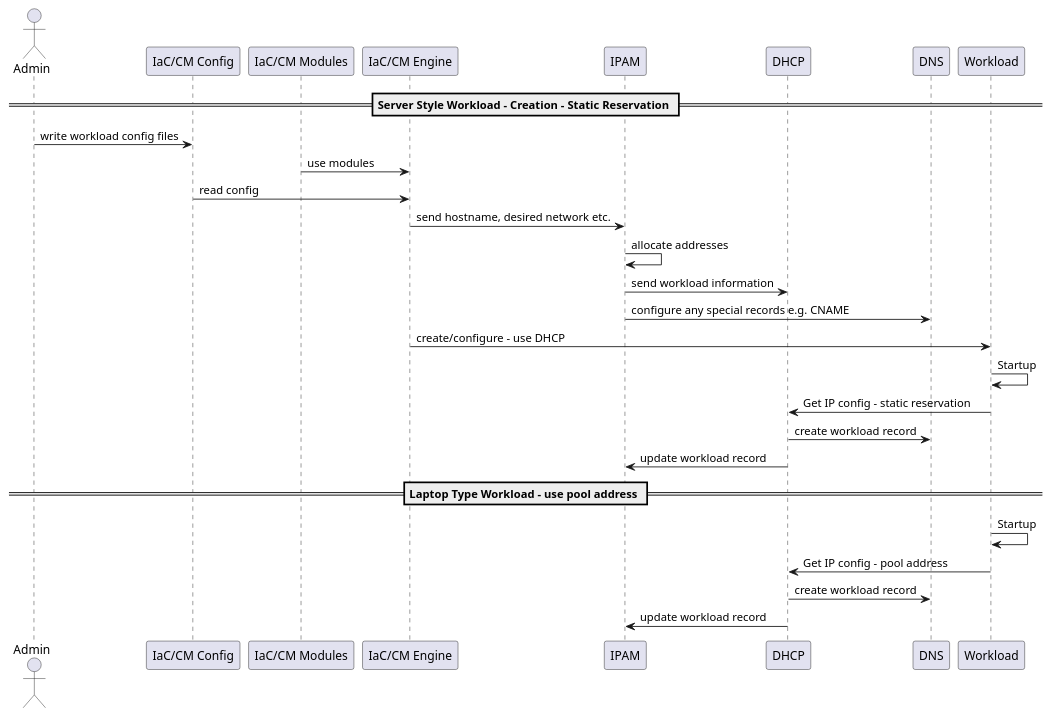
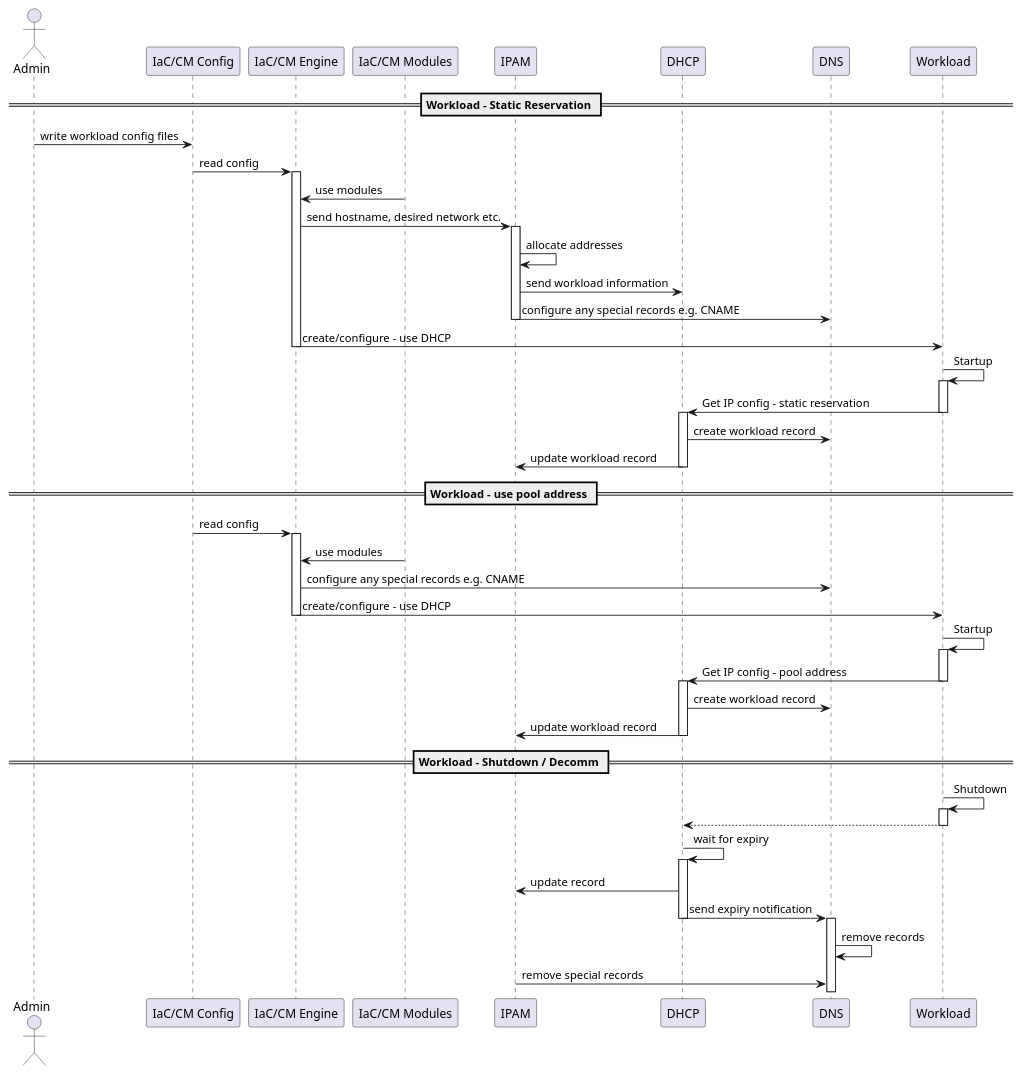
The diagram in Network/IPAM-Target-State-Flows.puml (wshedd01-kiwibank/Architecture), drawn with PlantUML before and after one commit.

```diff
--- a/Network/IPAM-Target-State-Flows.puml
+++ b/Network/IPAM-Target-State-Flows.puml
@@ -1,23 +1,36 @@
 @startuml
 actor Admin
-== Server Style Workload - Creation - Static Reservation ==
+== Workload - Static Reservation ==
 Admin -> "IaC/CM Config" : write workload config files
+"IaC/CM Config" -> "IaC/CM Engine" ++ : read config
 "IaC/CM Modules" -> "IaC/CM Engine" : use modules
-"IaC/CM Config" -> "IaC/CM Engine" : read config
-"IaC/CM Engine" -> IPAM : send hostname, desired network etc.
+"IaC/CM Engine" -> IPAM ++ : send hostname, desired network etc.
 IPAM -> IPAM : allocate addresses
 IPAM -> DHCP : send workload information
-IPAM -> DNS : configure any special records e.g. CNAME
-"IaC/CM Engine" -> Workload : create/configure - use DHCP
-Workload -> Workload : Startup
-DHCP <- Workload : Get IP config - static reservation
+IPAM -> DNS -- : configure any special records e.g. CNAME
+"IaC/CM Engine" -> Workload -- : create/configure - use DHCP
+Workload -> Workload ++ : Startup
+DHCP <- Workload --++ : Get IP config - static reservation
 DHCP -> DNS : create workload record
-DHCP -> IPAM : update workload record
+DHCP -> IPAM -- : update workload record
 
-== Laptop Type Workload - use pool address ==
-Workload -> Workload : Startup
-DHCP <- Workload : Get IP config - pool address
+== Workload - use pool address ==
+"IaC/CM Config" -> "IaC/CM Engine" ++ : read config
+"IaC/CM Modules" -> "IaC/CM Engine" : use modules
+"IaC/CM Engine" -> DNS : configure any special records e.g. CNAME
+"IaC/CM Engine" -> Workload -- : create/configure - use DHCP
+Workload -> Workload ++ : Startup
+DHCP <- Workload --++ : Get IP config - pool address
 DHCP -> DNS : create workload record
-DHCP -> IPAM : update workload record
+DHCP -> IPAM -- : update workload record
+
+== Workload - Shutdown / Decomm ==
+Workload -> Workload ++ : Shutdown
+Workload --> DHCP --
+DHCP -> DHCP ++: wait for expiry
+DHCP -> IPAM: update record
+DHCP -> DNS --++ : send expiry notification
+DNS -> DNS : remove records
+IPAM -> DNS --: remove special records
 
 @enduml
```
